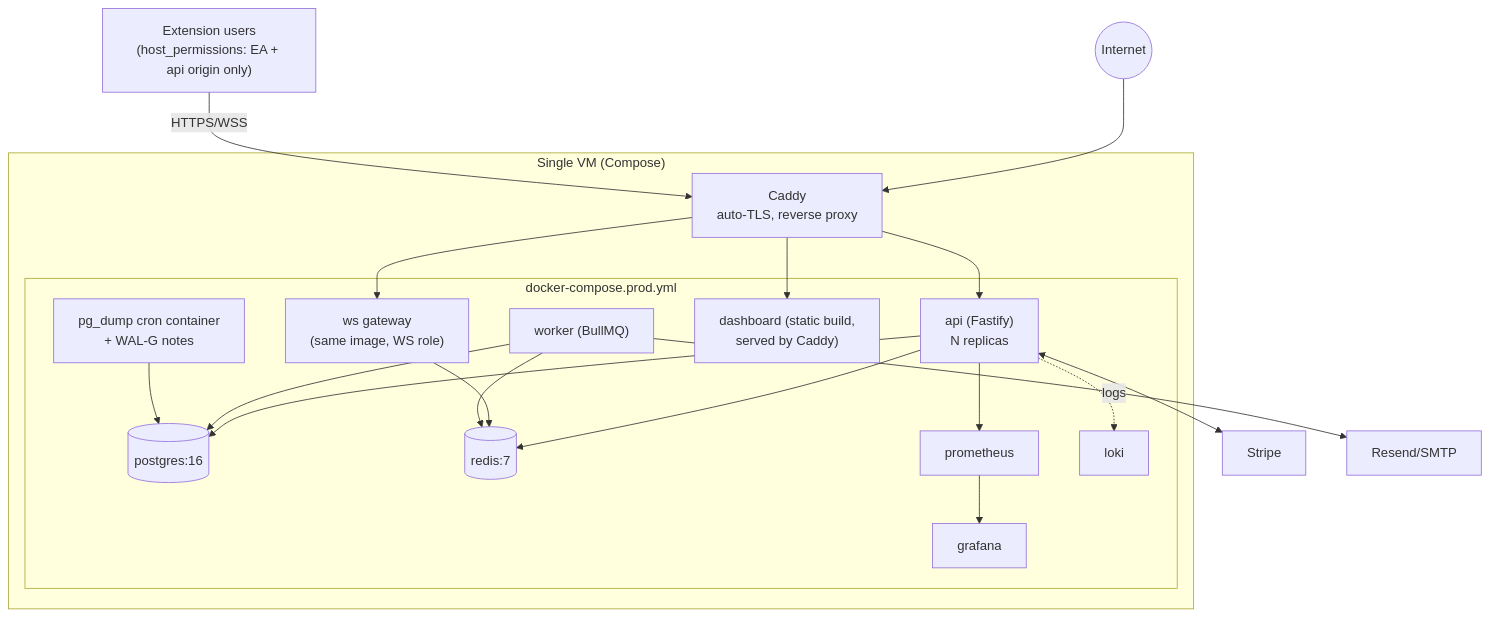
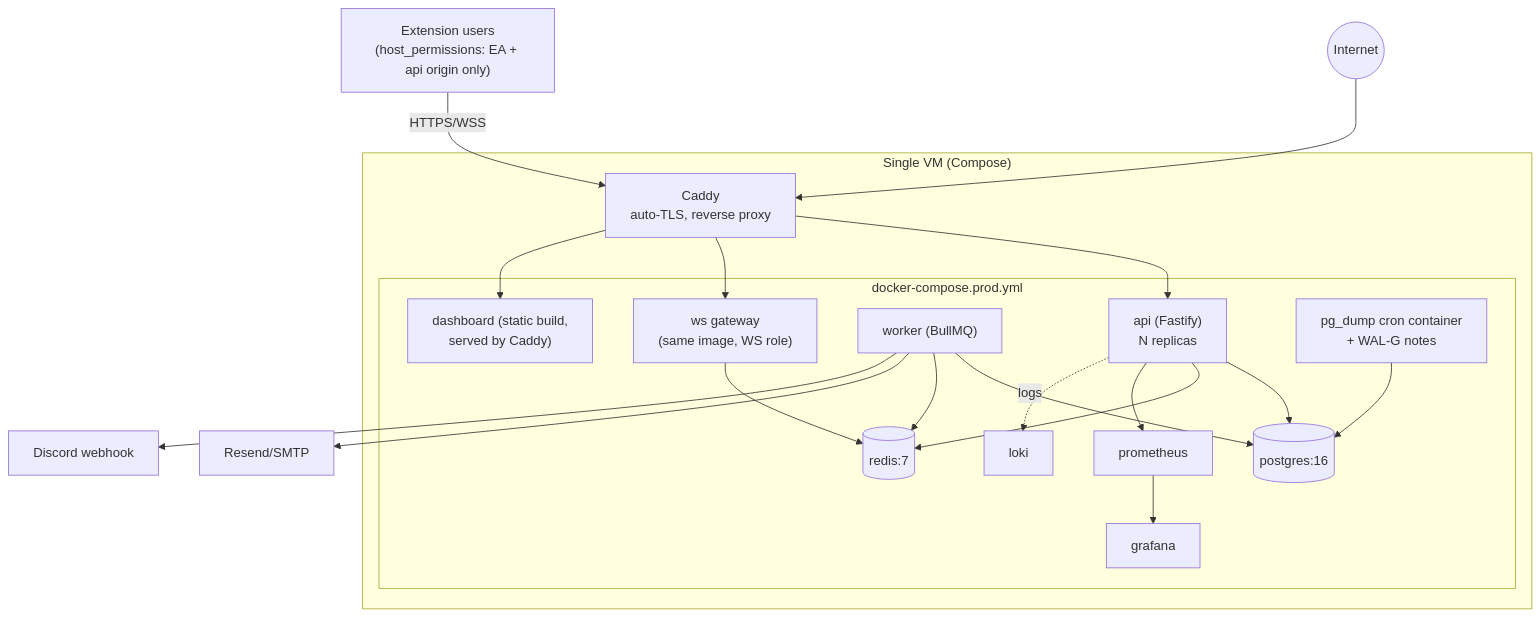
One commit to MahmoudSghayer/Snippingtool changed the second of 11 diagrams in docs/01-architecture.md. Above: the diagram before and after it, drawn with Mermaid. The commit also changed other lines of this file and 9 other files, not shown here.

````diff
--- a/docs/01-architecture.md
+++ b/docs/01-architecture.md
@@ -115,39 +114,39 @@
 ```mermaid
 flowchart TB
     Internet(("Internet"))
     subgraph VM["Single VM (Compose)"]
         Caddy["Caddy<br/>auto-TLS, reverse proxy"]
         subgraph Containers["docker-compose.prod.yml"]
             API1["api (Fastify)<br/>N replicas"]
             WSc["ws gateway<br/>(same image, WS role)"]
             Worker["worker (BullMQ)"]
             Dash["dashboard (static build,<br/>served by Caddy)"]
             PGc[("postgres:16")]
             Redisc[("redis:7")]
             Prom["prometheus"]
             Graf["grafana"]
             Loki["loki"]
             Backup["pg_dump cron container<br/>+ WAL-G notes"]
         end
     end
     ExtUsers["Extension users<br/>(host_permissions: EA + api origin only)"]
-    StripeCloud["Stripe"]
+    DiscordCloud["Discord webhook"]
     EmailCloud["Resend/SMTP"]
 
     Internet --> Caddy
     ExtUsers -- HTTPS/WSS --> Caddy
     Caddy --> API1
     Caddy --> WSc
     Caddy --> Dash
     API1 --> PGc
     API1 --> Redisc
     WSc --> Redisc
     Worker --> PGc
     Worker --> Redisc
     Worker --> EmailCloud
-    API1 <--> StripeCloud
+    Worker --> DiscordCloud
     API1 --> Prom
     Prom --> Graf
     API1 -.logs.-> Loki
     Backup --> PGc
 ```
````
